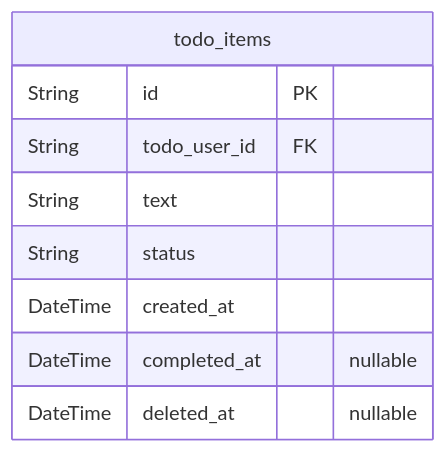
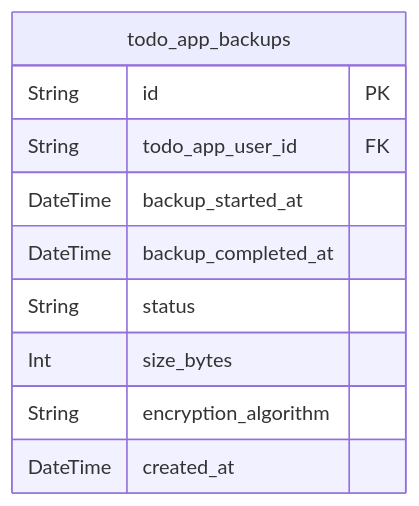
The fifth of 5 diagrams in qwen/qwen3-next-80b-a3b-instruct/todo/docs/ERD.md (wrtnlabs/autobe-examples), drawn with Mermaid before and after one commit. The commit also changed other lines of this file and 960 other files, not shown here.

````diff
--- a/qwen/qwen3-next-80b-a3b-instruct/todo/docs/ERD.md
+++ b/qwen/qwen3-next-80b-a3b-instruct/todo/docs/ERD.md
@@ -78,12 +451,13 @@
 ```mermaid
 erDiagram
-"todo_items" {
+"todo_app_backups" {
   String id PK
-  String todo_user_id FK
-  String text
+  String todo_app_user_id FK
+  DateTime backup_started_at
+  DateTime backup_completed_at
   String status
+  Int size_bytes
+  String encryption_algorithm
   DateTime created_at
-  DateTime completed_at "nullable"
-  DateTime deleted_at "nullable"
 }
 ```
````
